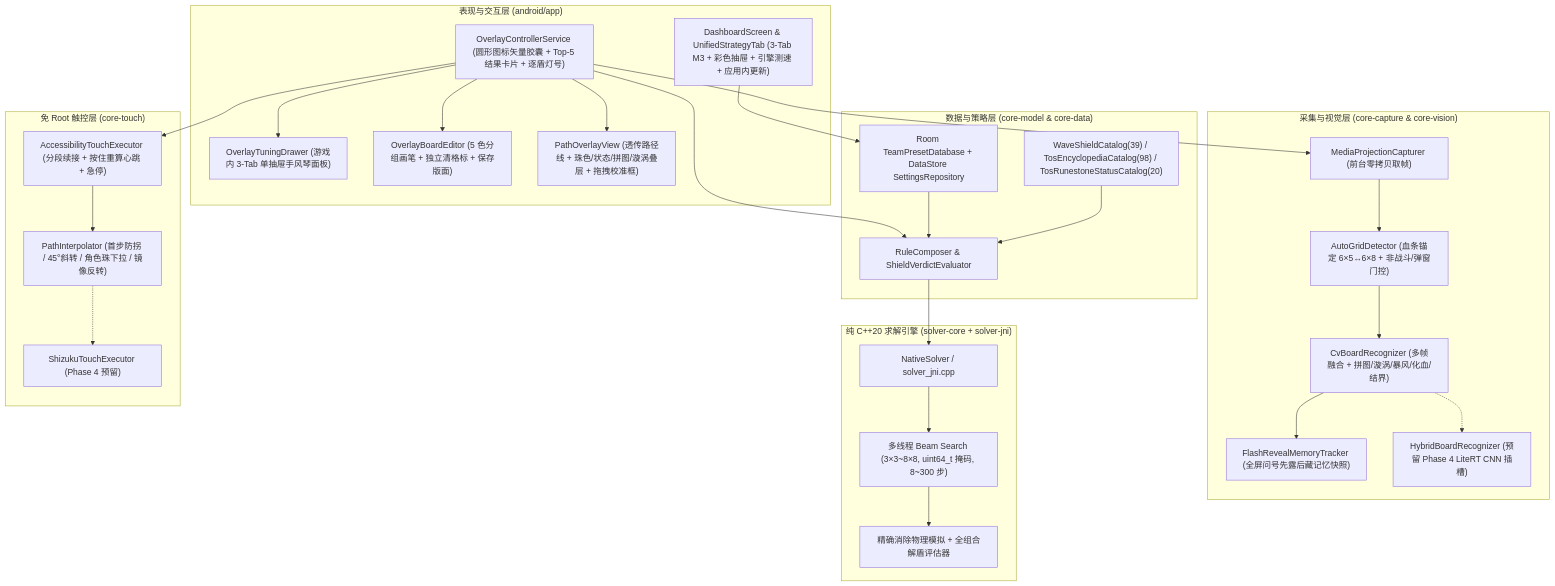
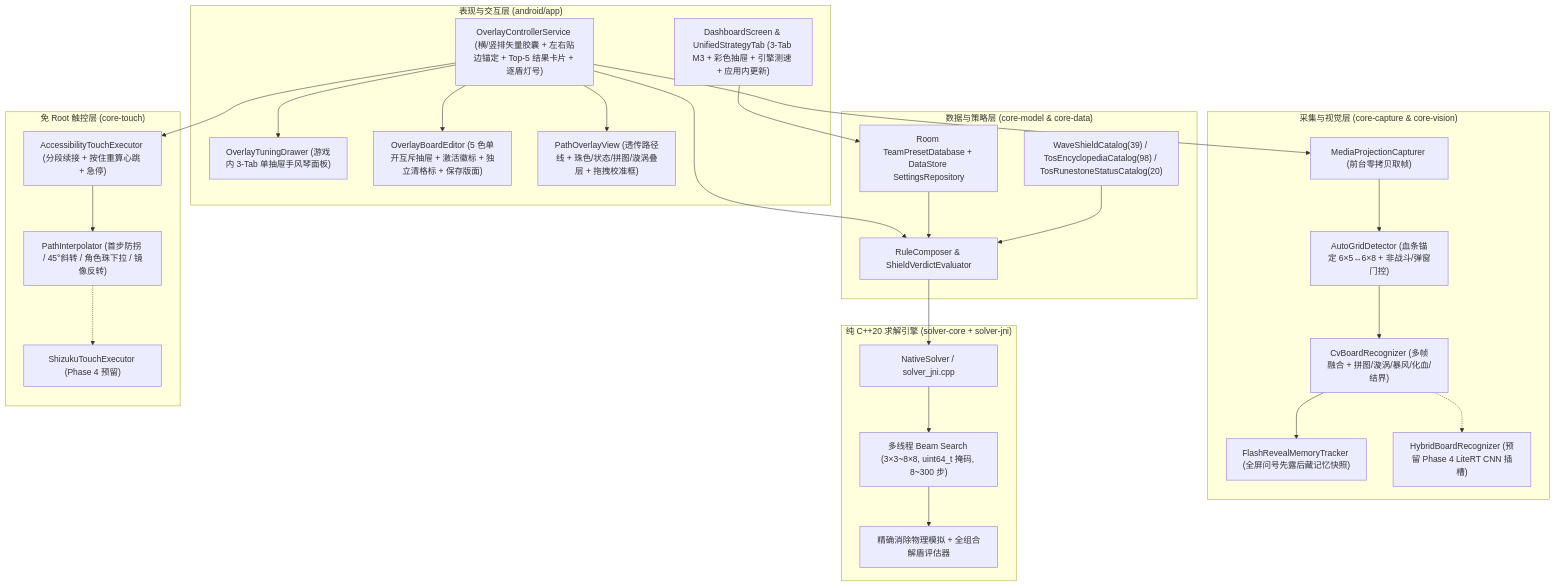
Before and after one commit to CloverKing/AutoDora-NEXT: the third of 3 diagrams in docs/ARCHITECTURE.md, drawn with Mermaid. The commit also changed other lines of this file and 13 other files, not shown here.

Commit message:
feat(overlay): add vertical floating bar layout option and single-open board editor accordions

````diff
--- a/docs/ARCHITECTURE.md
+++ b/docs/ARCHITECTURE.md
@@ -151,55 +151,55 @@
 ```mermaid
 flowchart TD
     subgraph UI["表现与交互层 (android/app)"]
         MainApp["DashboardScreen & UnifiedStrategyTab (3-Tab M3 + 彩色抽屉 + 引擎测速 + 应用内更新)"]
-        OverlayMgr["OverlayControllerService (圆形图标矢量胶囊 + Top-5 结果卡片 + 逐盾灯号)"]
+        OverlayMgr["OverlayControllerService (横/竖排矢量胶囊 + 左右贴边锚定 + Top-5 结果卡片 + 逐盾灯号)"]
         TuningDrawer["OverlayTuningDrawer (游戏内 3-Tab 单抽屉手风琴面板)"]
-        BoardEdit["OverlayBoardEditor (5 色分组画笔 + 独立清格标 + 保存版面)"]
+        BoardEdit["OverlayBoardEditor (5 色单开互斥抽屉 + 激活徽标 + 独立清格标 + 保存版面)"]
         PathView["PathOverlayView (透传路径线 + 珠色/状态/拼图/漩涡叠层 + 拖拽校准框)"]
     end
 
     subgraph Data["数据与策略层 (core-model & core-data)"]
         Composer["RuleComposer & ShieldVerdictEvaluator"]
         Catalogs["WaveShieldCatalog(39) / TosEncyclopediaCatalog(98) / TosRunestoneStatusCatalog(20)"]
         Store["Room TeamPresetDatabase + DataStore SettingsRepository"]
     end
 
     subgraph CaptureVision["采集与视觉层 (core-capture & core-vision)"]
         MediaProj["MediaProjectionCapturer (前台零拷贝取帧)"]
         GridDetect["AutoGridDetector (血条锚定 6×5↔6×8 + 非战斗/弹窗门控)"]
         CvRecog["CvBoardRecognizer (多帧融合 + 拼图/漩涡/暴风/化血/结界)"]
         FlashMem["FlashRevealMemoryTracker (全屏问号先露后藏记忆快照)"]
         Hybrid["HybridBoardRecognizer (预留 Phase 4 LiteRT CNN 插槽)"]
     end
 
     subgraph Solver["纯 C++20 求解引擎 (solver-core + solver-jni)"]
         JniBridge["NativeSolver / solver_jni.cpp"]
         BeamEngine["多线程 Beam Search (3×3~8×8, uint64_t 掩码, 8~300 步)"]
         SimEval["精确消除物理模拟 + 全组合解盾评估器"]
     end
 
     subgraph Touch["免 Root 触控层 (core-touch)"]
         PathSmooth["PathInterpolator (首步防拐 / 45°斜转 / 角色珠下拉 / 镜像反转)"]
         A11yExec["AccessibilityTouchExecutor (分段续接 + 按住重算心跳 + 急停)"]
         ShizukuExec["ShizukuTouchExecutor (Phase 4 预留)"]
     end
 
     MainApp --> Store
     OverlayMgr --> TuningDrawer
     OverlayMgr --> BoardEdit
     OverlayMgr --> PathView
     OverlayMgr --> Composer
     OverlayMgr --> MediaProj
     OverlayMgr --> A11yExec
     Store --> Composer
     Catalogs --> Composer
     MediaProj --> GridDetect
     GridDetect --> CvRecog
     CvRecog --> FlashMem
     CvRecog -.-> Hybrid
     Composer --> JniBridge
     JniBridge --> BeamEngine
     BeamEngine --> SimEval
     A11yExec --> PathSmooth
     PathSmooth -.-> ShizukuExec
 ```
````
